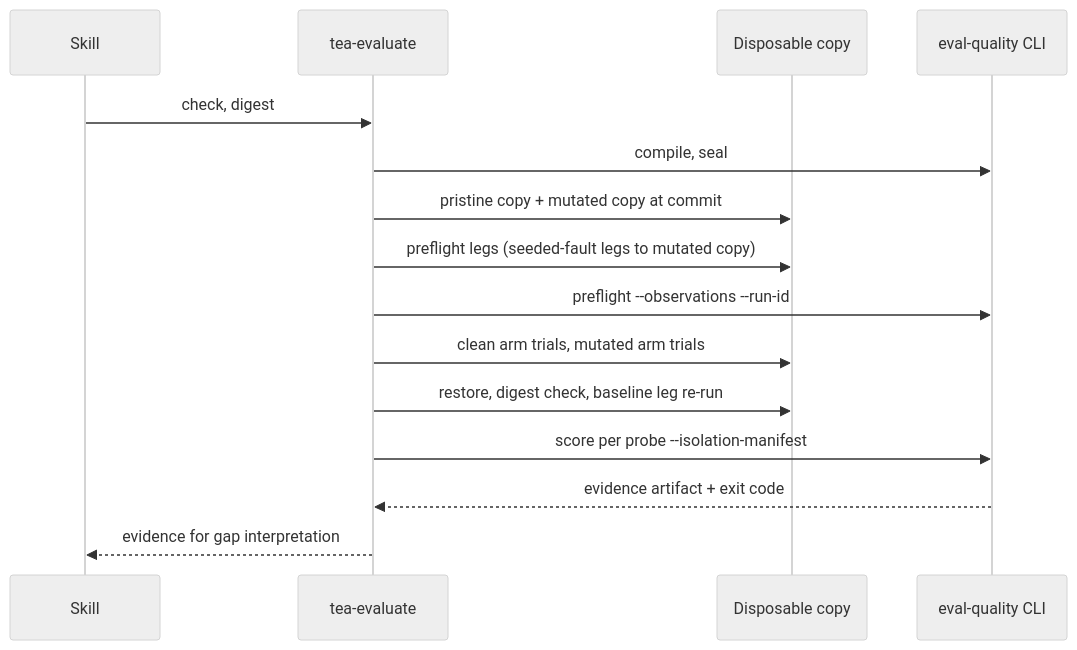
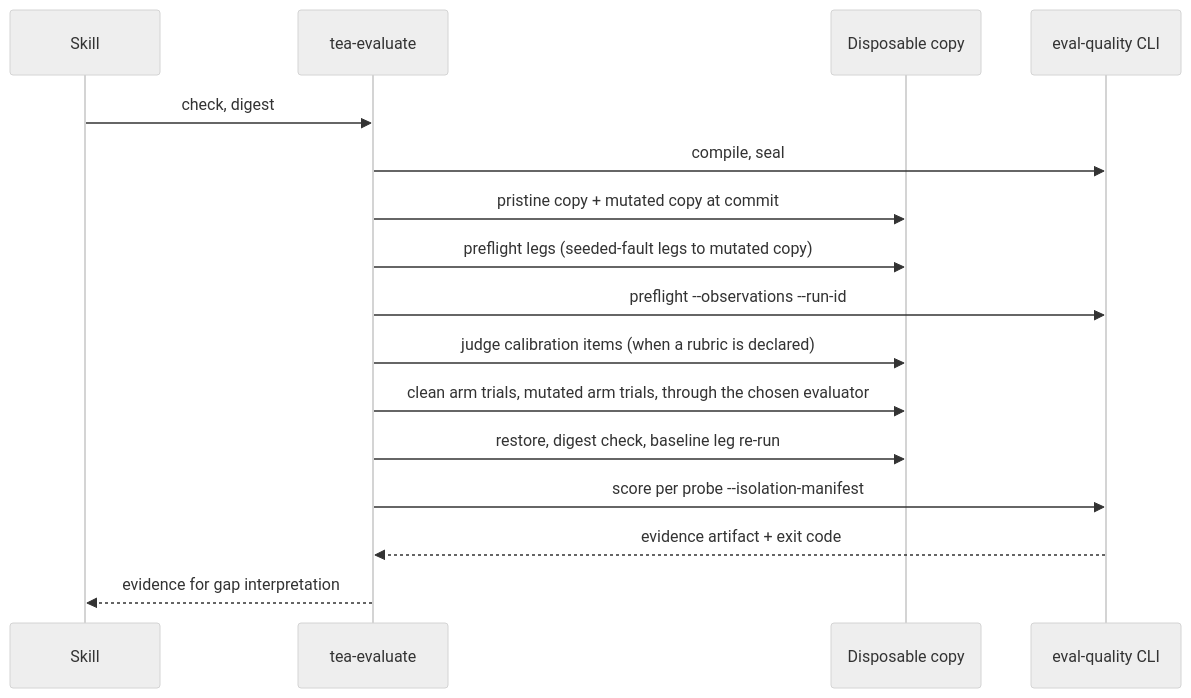
The second of 2 diagrams in _bmad-output/planning-artifacts/evaluate/ARCHITECTURE-SPINE.md (bmad-code-org/bmad-method-test-architecture-enterprise), drawn with Mermaid (neutral theme) before and after one commit. The commit also changed other lines of this file and 11 other files, not shown here.

````diff
--- a/_bmad-output/planning-artifacts/evaluate/ARCHITECTURE-SPINE.md
+++ b/_bmad-output/planning-artifacts/evaluate/ARCHITECTURE-SPINE.md
@@ -346,17 +405,18 @@
 ```mermaid
 sequenceDiagram
   participant S as Skill
   participant R as tea-evaluate
   participant W as Disposable copy
   participant E as eval-quality CLI
   S->>R: check, digest
   R->>E: compile, seal
   R->>W: pristine copy + mutated copy at commit
   R->>W: preflight legs (seeded-fault legs to mutated copy)
   R->>E: preflight --observations --run-id
-  R->>W: clean arm trials, mutated arm trials
+  R->>W: judge calibration items (when a rubric is declared)
+  R->>W: clean arm trials, mutated arm trials, through the chosen evaluator
   R->>W: restore, digest check, baseline leg re-run
   R->>E: score per probe --isolation-manifest
   E-->>R: evidence artifact + exit code
   R-->>S: evidence for gap interpretation
 ```
````
